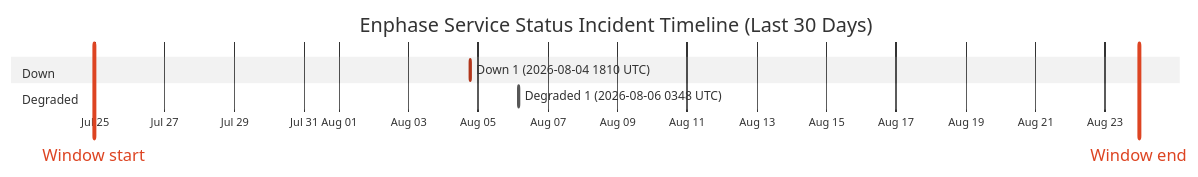
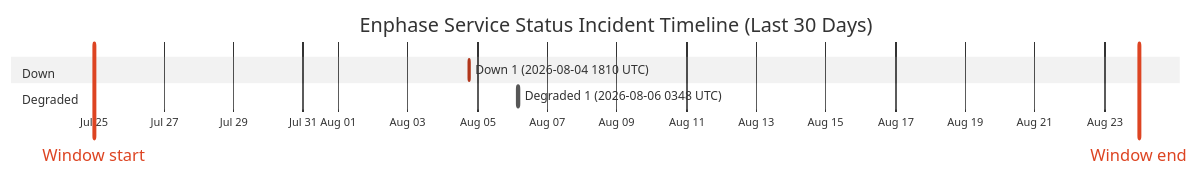
The diagram in wiki/Service-Status-History.md (barneyonline/ha-enphase-energy), drawn with Mermaid (neutral theme) before and after one commit. The commit also changed other lines of this file and 3 other files, not shown here.

````diff
--- a/wiki/Service-Status-History.md
+++ b/wiki/Service-Status-History.md
@@ -14,12 +14,12 @@
 ```mermaid
 gantt
     title Enphase Service Status Incident Timeline (Last 30 Days)
     dateFormat  YYYY-MM-DDTHH:mm:ss
     axisFormat  %b %d
-    Window start :vert, window-start, 2026-07-24T23:18:45, 0ms
-    Window end :vert, window-end, 2026-08-23T23:18:45, 0ms
+    Window start :vert, window-start, 2026-07-24T23:44:44, 0ms
+    Window end :vert, window-end, 2026-08-23T23:44:44, 0ms
     section Down
     Down 1 (2026-08-04 1810 UTC) :crit, down-1, 2026-08-04T18:10:46, 60m
     section Degraded
     Degraded 1 (2026-08-06 0348 UTC) :active, degraded-1, 2026-08-06T03:48:14, 60m
 ```
````
